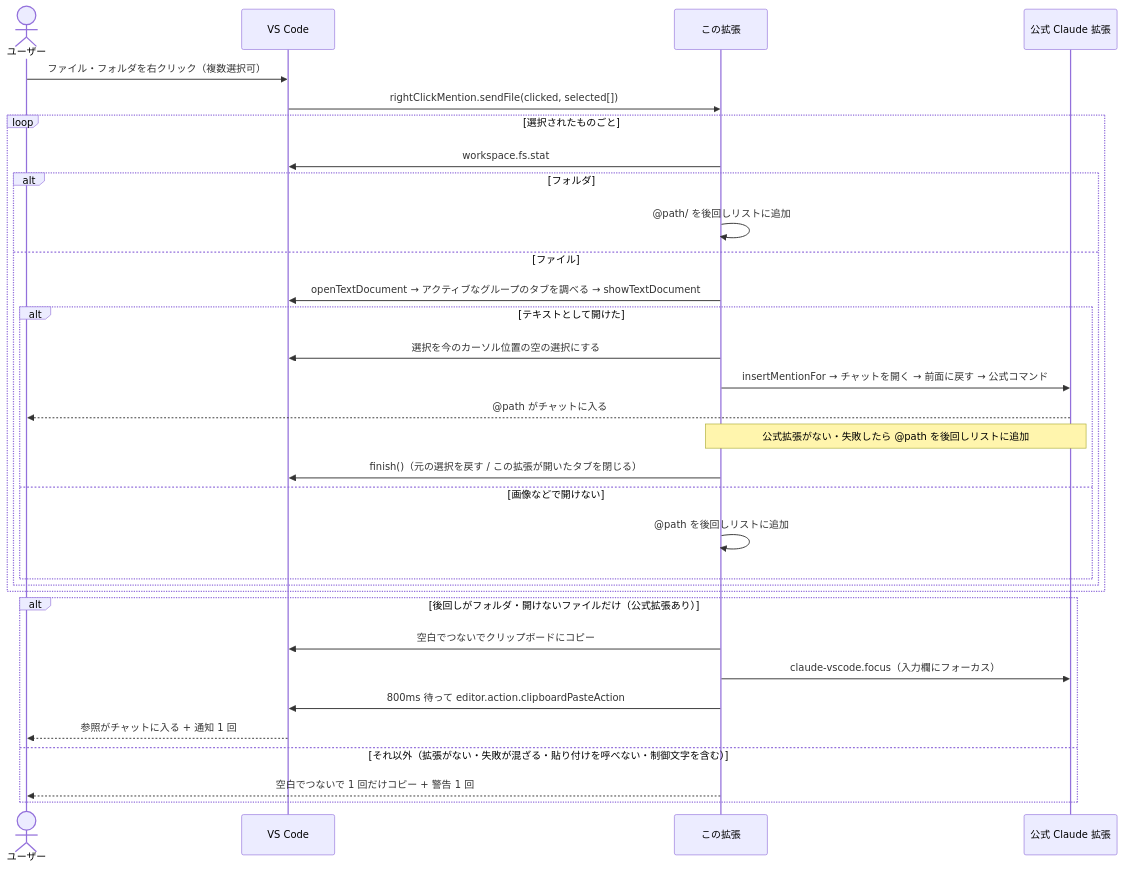
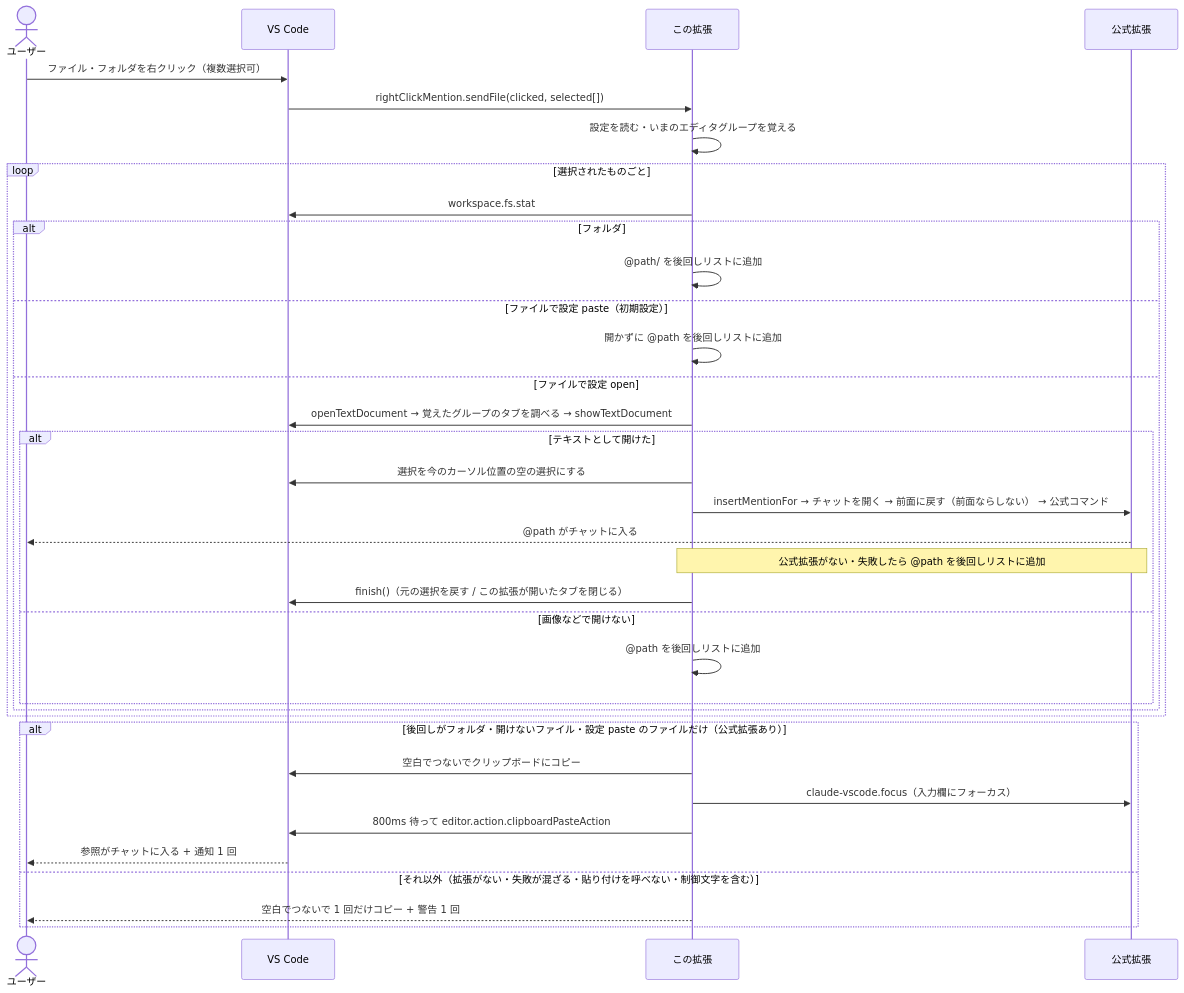
Before and after one commit to kip2/refs-to-chat: the fifth of 7 diagrams in docs/ARCHITECTURE.md, drawn with Mermaid. The commit also changed other lines of this file and 20 other files, not shown here.

````diff
--- a/docs/ARCHITECTURE.md
+++ b/docs/ARCHITECTURE.md
@@ -212,35 +217,38 @@
 ```mermaid
 sequenceDiagram
   actor U as ユーザー
   participant VS as VS Code
   participant E as この拡張
-  participant C as 公式 Claude 拡張
+  participant C as 公式拡張
 
   U->>VS: ファイル・フォルダを右クリック（複数選択可）
   VS->>E: rightClickMention.sendFile(clicked, selected[])
+  E->>E: 設定を読む・いまのエディタグループを覚える
   loop 選択されたものごと
     E->>VS: workspace.fs.stat
     alt フォルダ
       E->>E: @path/ を後回しリストに追加
-    else ファイル
-      E->>VS: openTextDocument → アクティブなグループのタブを調べる → showTextDocument
+    else ファイルで設定 paste（初期設定）
+      E->>E: 開かずに @path を後回しリストに追加
+    else ファイルで設定 open
+      E->>VS: openTextDocument → 覚えたグループのタブを調べる → showTextDocument
       alt テキストとして開けた
         E->>VS: 選択を今のカーソル位置の空の選択にする
-        E->>C: insertMentionFor → チャットを開く → 前面に戻す → 公式コマンド
+        E->>C: insertMentionFor → チャットを開く → 前面に戻す（前面ならしない） → 公式コマンド
         C-->>U: @path がチャットに入る
         Note over E,C: 公式拡張がない・失敗したら @path を後回しリストに追加
         E->>VS: finish()（元の選択を戻す / この拡張が開いたタブを閉じる）
       else 画像などで開けない
         E->>E: @path を後回しリストに追加
       end
     end
   end
-  alt 後回しがフォルダ・開けないファイルだけ（公式拡張あり）
+  alt 後回しがフォルダ・開けないファイル・設定 paste のファイルだけ（公式拡張あり）
     E->>VS: 空白でつないでクリップボードにコピー
     E->>C: claude-vscode.focus（入力欄にフォーカス）
     E->>VS: 800ms 待って editor.action.clipboardPasteAction
     VS-->>U: 参照がチャットに入る + 通知 1 回
   else それ以外（拡張がない・失敗が混ざる・貼り付けを呼べない・制御文字を含む）
     E-->>U: 空白でつないで 1 回だけコピー + 警告 1 回
   end
 ```
````
